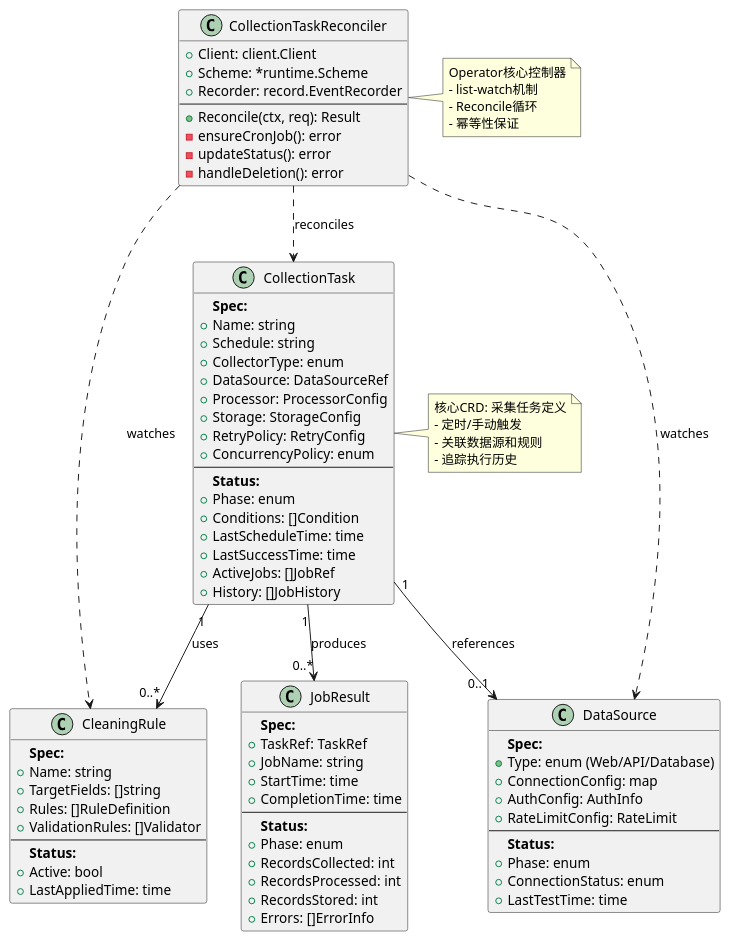
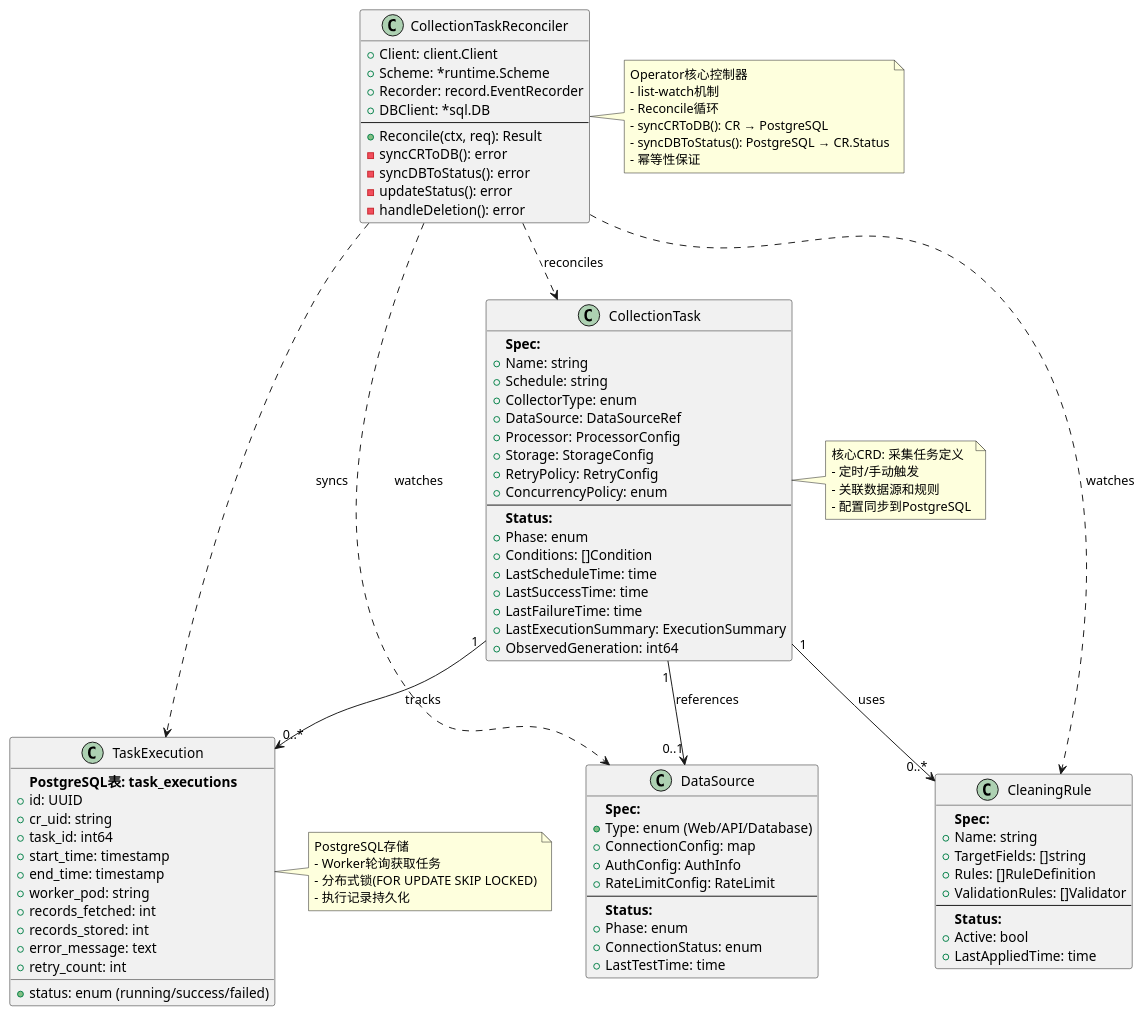
The diagram in design/diagrams/k8s_operator_class_diagram.puml (deepservice/DataFusion), drawn with PlantUML before and after one commit. The commit also changed 2 other files, not shown here.

Commit message:
feat: 更新PlantUML架构图以反映Deployment常驻Worker架构
- k8s_operator_class_diagram.puml: 替换JobResult为TaskExecution,更新Controller方法为syncCRToDB/syncDBToStatus
- seq_create_task.puml: 完全重写为CR创建→PostgreSQL同步→Worker轮询流程
- deployment_diagram.puml: 标注Deployment常驻Worker特性和资源池优势

🤖 Generated with [Claude Code](https://claude.com/claude-code)

```diff
--- a/design/diagrams/k8s_operator_class_diagram.puml
+++ b/design/diagrams/k8s_operator_class_diagram.puml
@@ -1,99 +1,112 @@
 @startuml k8s_operator_class_diagram
 
 ' CRD定义
 class CollectionTask {
   **Spec:**
   + Name: string
   + Schedule: string
   + CollectorType: enum
   + DataSource: DataSourceRef
   + Processor: ProcessorConfig
   + Storage: StorageConfig
   + RetryPolicy: RetryConfig
   + ConcurrencyPolicy: enum
   --
   **Status:**
   + Phase: enum
   + Conditions: []Condition
   + LastScheduleTime: time
   + LastSuccessTime: time
-  + ActiveJobs: []JobRef
-  + History: []JobHistory
+  + LastFailureTime: time
+  + LastExecutionSummary: ExecutionSummary
+  + ObservedGeneration: int64
 }
 
 class DataSource {
   **Spec:**
   + Type: enum (Web/API/Database)
   + ConnectionConfig: map
   + AuthConfig: AuthInfo
   + RateLimitConfig: RateLimit
   --
   **Status:**
   + Phase: enum
   + ConnectionStatus: enum
   + LastTestTime: time
 }
 
 class CleaningRule {
   **Spec:**
   + Name: string
   + TargetFields: []string
   + Rules: []RuleDefinition
   + ValidationRules: []Validator
   --
   **Status:**
   + Active: bool
   + LastAppliedTime: time
 }
 
-class JobResult {
-  **Spec:**
-  + TaskRef: TaskRef
-  + JobName: string
-  + StartTime: time
-  + CompletionTime: time
-  --
-  **Status:**
-  + Phase: enum
-  + RecordsCollected: int
-  + RecordsProcessed: int
-  + RecordsStored: int
-  + Errors: []ErrorInfo
+class TaskExecution {
+  **PostgreSQL表: task_executions**
+  + id: UUID
+  + cr_uid: string
+  + task_id: int64
+  + status: enum (running/success/failed)
+  + start_time: timestamp
+  + end_time: timestamp
+  + worker_pod: string
+  + records_fetched: int
+  + records_stored: int
+  + error_message: text
+  + retry_count: int
 }
 
 ' Controller结构
 class CollectionTaskReconciler {
   + Client: client.Client
   + Scheme: *runtime.Scheme
   + Recorder: record.EventRecorder
+  + DBClient: *sql.DB
   --
   + Reconcile(ctx, req): Result
-  - ensureCronJob(): error
+  - syncCRToDB(): error
+  - syncDBToStatus(): error
   - updateStatus(): error
   - handleDeletion(): error
 }
 
 ' 关系
 CollectionTask "1" --> "0..1" DataSource : references
 CollectionTask "1" --> "0..*" CleaningRule : uses
-CollectionTask "1" --> "0..*" JobResult : produces
+CollectionTask "1" --> "0..*" TaskExecution : tracks
 
 CollectionTaskReconciler ..> CollectionTask : reconciles
 CollectionTaskReconciler ..> DataSource : watches
 CollectionTaskReconciler ..> CleaningRule : watches
+CollectionTaskReconciler ..> TaskExecution : syncs
 
 note right of CollectionTask
   核心CRD: 采集任务定义
   - 定时/手动触发
   - 关联数据源和规则
-  - 追踪执行历史
+  - 配置同步到PostgreSQL
 end note
 
 note right of CollectionTaskReconciler
   Operator核心控制器
   - list-watch机制
   - Reconcile循环
+  - syncCRToDB(): CR → PostgreSQL
+  - syncDBToStatus(): PostgreSQL → CR.Status
   - 幂等性保证
 end note
 
+note right of TaskExecution
+  PostgreSQL存储
+  - Worker轮询获取任务
+  - 分布式锁(FOR UPDATE SKIP LOCKED)
+  - 执行记录持久化
+end note
+
 @enduml
```
